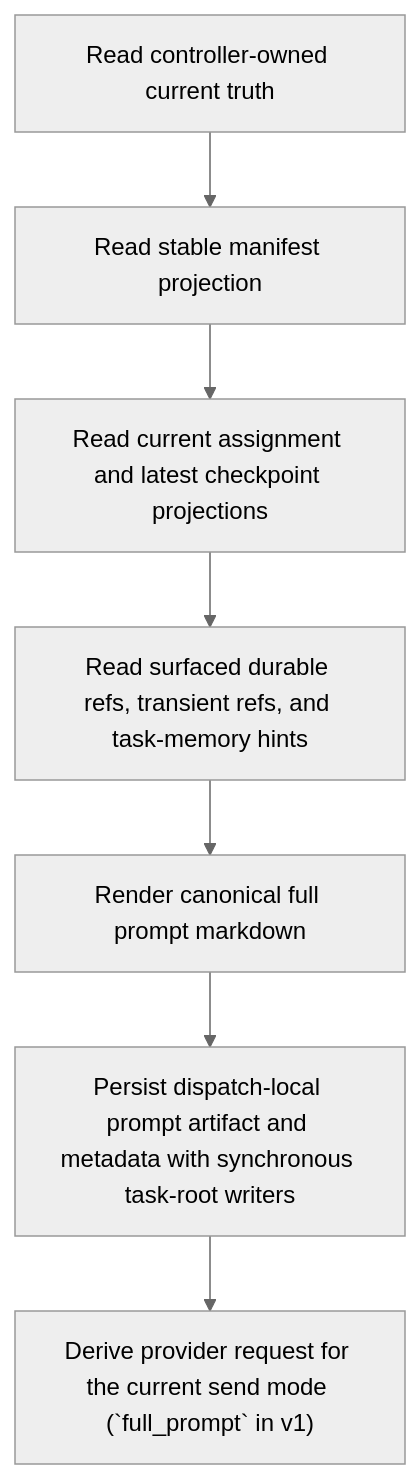
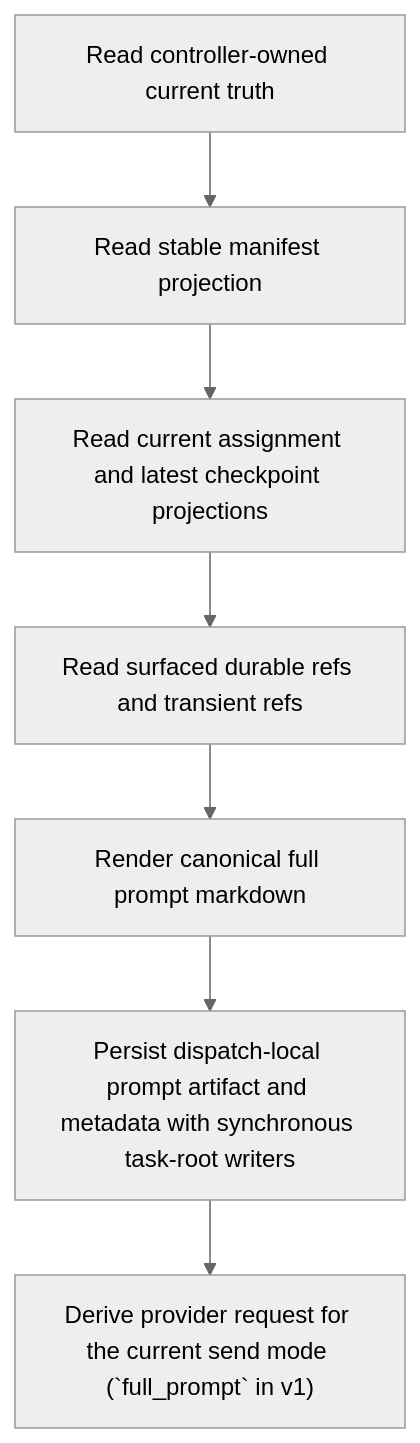
The diagram in docs-internal/design/v1/prompt-layer/render-and-persistence.md (ringlochid/AutoClaw), drawn with Mermaid (neutral theme) before and after one commit. The commit also changed 133 other files, not shown here.

````diff
--- a/docs-internal/design/v1/prompt-layer/render-and-persistence.md
+++ b/docs-internal/design/v1/prompt-layer/render-and-persistence.md
@@ -9,9 +9,9 @@
 ```mermaid
 flowchart TD
     A["Read controller-owned current truth"] --> B["Read stable manifest projection"]
     B --> C["Read current assignment and latest checkpoint projections"]
-    C --> D["Read surfaced durable refs, transient refs, and task-memory hints"]
+    C --> D["Read surfaced durable refs and transient refs"]
     D --> E["Render canonical full prompt markdown"]
     E --> F["Persist dispatch-local prompt artifact and metadata with synchronous task-root writers"]
     F --> G["Derive provider request for the current send mode (`full_prompt` in v1)"]
 ```
````
